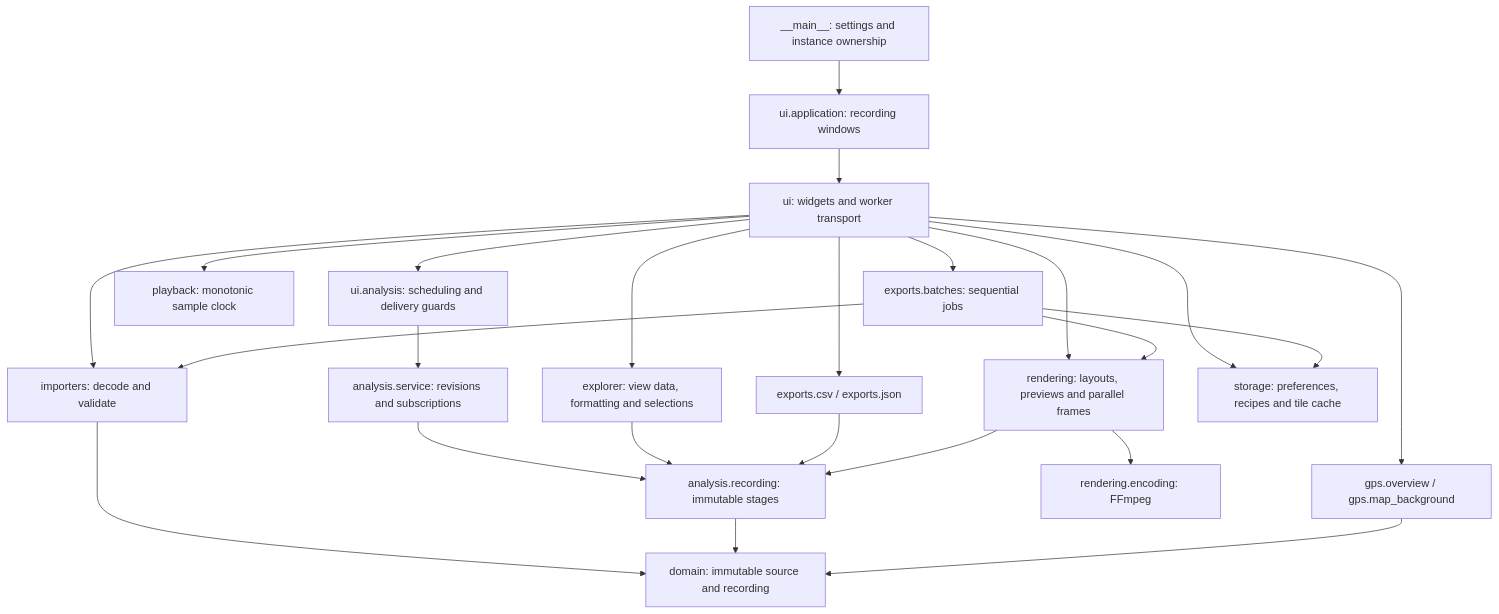
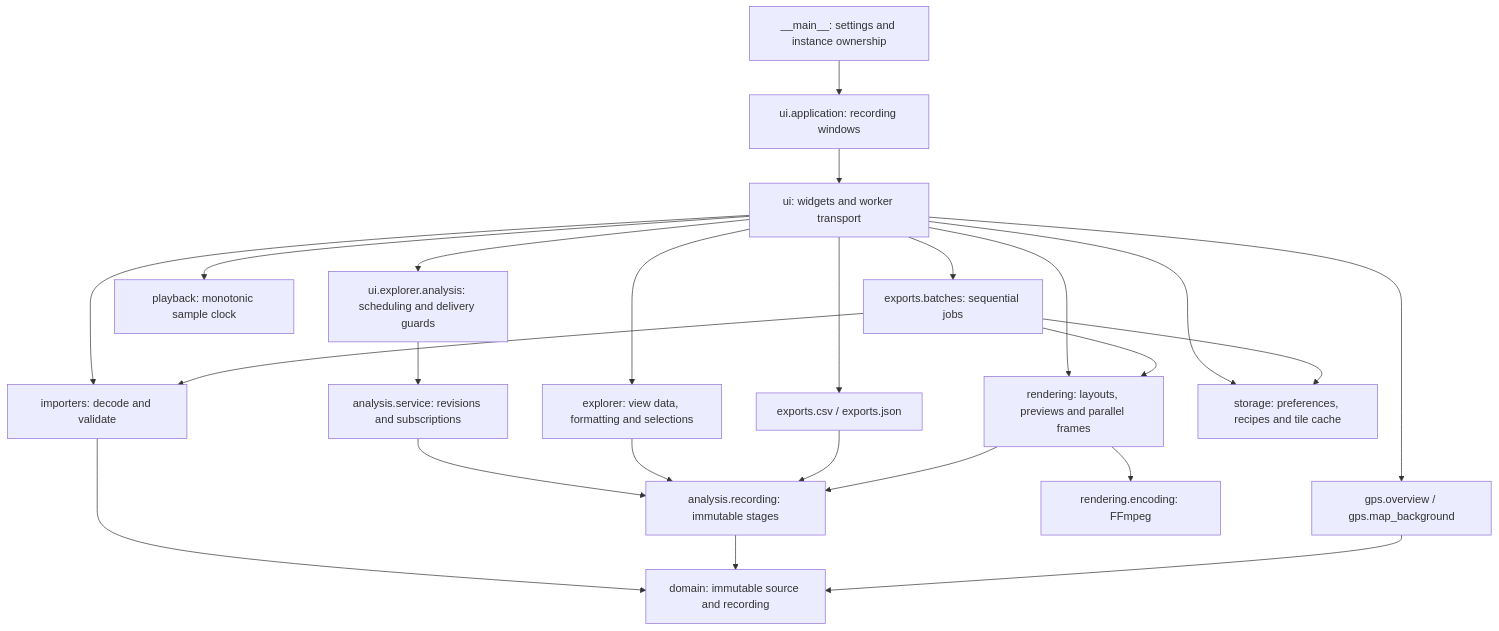
One commit to rudnerbjoern/ride-forces-analyzer changed the diagram in docs/architecture/05_building_block_view.md. Above: the diagram before and after it, drawn with Mermaid. The commit also changed other lines of this file and 63 other files, not shown here.

````diff
--- a/docs/architecture/05_building_block_view.md
+++ b/docs/architecture/05_building_block_view.md
@@ -7,26 +7,26 @@
 ```mermaid
 flowchart TB
     Entry["__main__: settings and instance ownership"] --> Application["ui.application: recording windows"]
     Application --> UI["ui: widgets and worker transport"]
     UI --> Importer["importers: decode and validate"]
     Importer --> Domain["domain: immutable source and recording"]
-    UI --> Controller["ui.analysis: scheduling and delivery guards"]
+    UI --> Controller["ui.explorer.analysis: scheduling and delivery guards"]
     Controller --> Service["analysis.service: revisions and subscriptions"]
     Service --> Analysis["analysis.recording: immutable stages"]
     Analysis --> Domain
     UI --> Presentation["explorer: view data, formatting and selections"]
     Presentation --> Analysis
     UI --> Playback["playback: monotonic sample clock"]
     UI --> GPS["gps.overview / gps.map_background"]
     GPS --> Domain
     UI --> Data["exports.csv / exports.json"]
     Data --> Analysis
     UI --> Rendering["rendering: layouts, previews and parallel frames"]
     Rendering --> Analysis
     Rendering --> Encoding["rendering.encoding: FFmpeg"]
     UI --> Batches["exports.batches: sequential jobs"]
     Batches --> Importer
     Batches --> Rendering
     UI --> Storage["storage: preferences, recipes and tile cache"]
     Batches --> Storage
 ```
````
